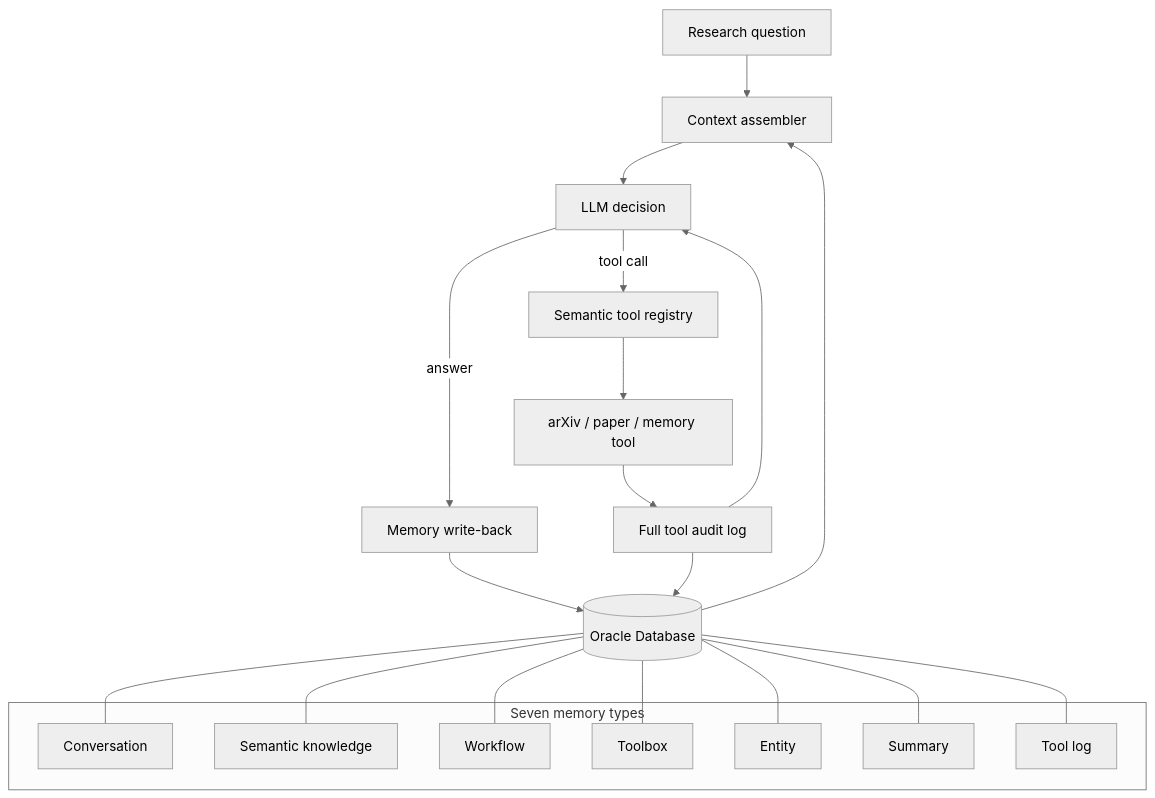
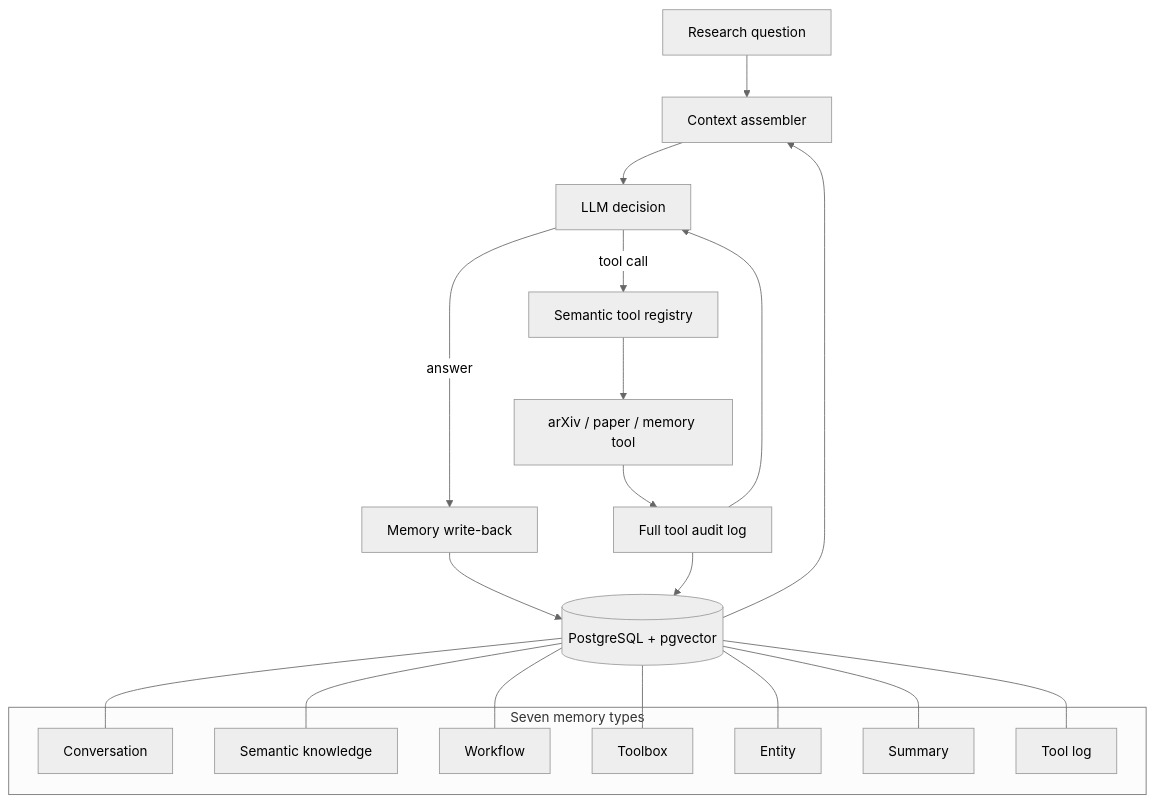
Before and after one commit to ravenscoat/Research-memory-aware-agent: the diagram in README.md, drawn with Mermaid (neutral theme). The commit also changed other lines of this file and 13 other files, not shown here.

Commit message:
Migrate memory agent to PostgreSQL and local Qwen

````diff
--- a/README.md
+++ b/README.md
@@ -48,31 +48,31 @@
 ```mermaid
 flowchart TD
     USER[Research question] --> CTX[Context assembler]
-    ORA[(Oracle Database)] --> CTX
+    ORA[(PostgreSQL + pgvector)] --> CTX
     CTX --> LLM[LLM decision]
     LLM -->|answer| WRITE[Memory write-back]
     LLM -->|tool call| REG[Semantic tool registry]
     REG --> TOOL[arXiv / paper / memory tool]
     TOOL --> LOG[Full tool audit log]
     LOG --> LLM
     WRITE --> ORA
     LOG --> ORA
 
     subgraph Seven memory types
       CONV[Conversation]
       KB[Semantic knowledge]
       WF[Workflow]
       TB[Toolbox]
       ENT[Entity]
       SUM[Summary]
       TL[Tool log]
     end
 
     ORA --- CONV
     ORA --- KB
     ORA --- WF
     ORA --- TB
     ORA --- ENT
     ORA --- SUM
     ORA --- TL
 ```
````
